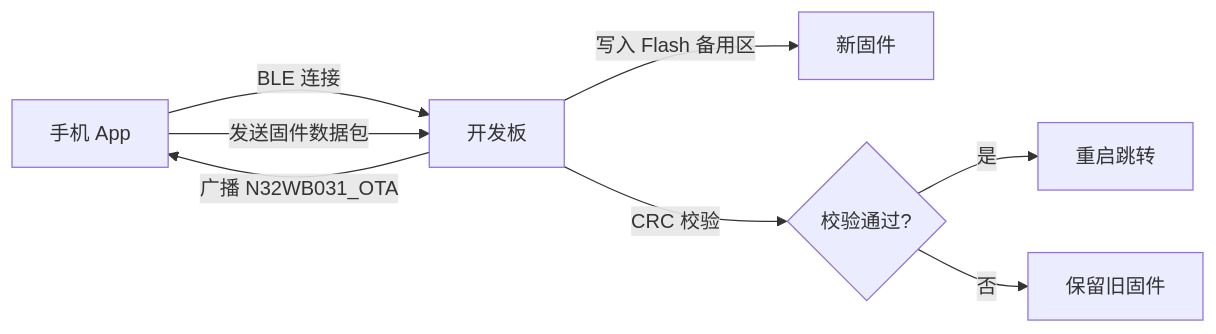
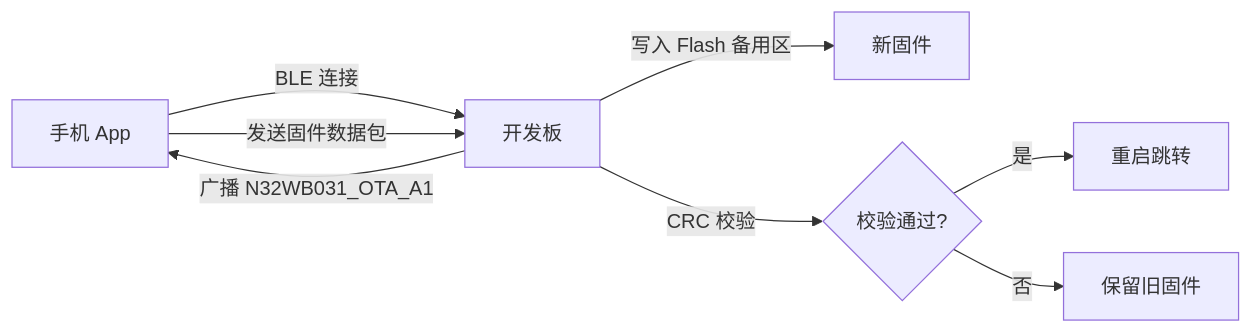
Before and after one commit to 318973613/n32wb031-tutorial: diagram 17 of 25 in doc/N32WB031 测评合集.md, drawn with Mermaid. The commit also changed other lines of this file, not shown here.

Commit message:
Fix UUID description, OTA device name, and HID project name issues

````diff
--- a/doc/N32WB031 测评合集.md
+++ b/doc/N32WB031 测评合集.md
@@ -2304,10 +2306,10 @@
 ```mermaid
 graph LR
     A[手机 App] -->|BLE 连接| B[开发板]
-    B -->|广播 N32WB031_OTA| A
+    B -->|广播 N32WB031_OTA_A1| A
     A -->|发送固件数据包| B
     B -->|写入 Flash 备用区| C[新固件]
     B -->|CRC 校验| D{校验通过?}
     D -->|是| E[重启跳转]
     D -->|否| F[保留旧固件]
 ```
````
